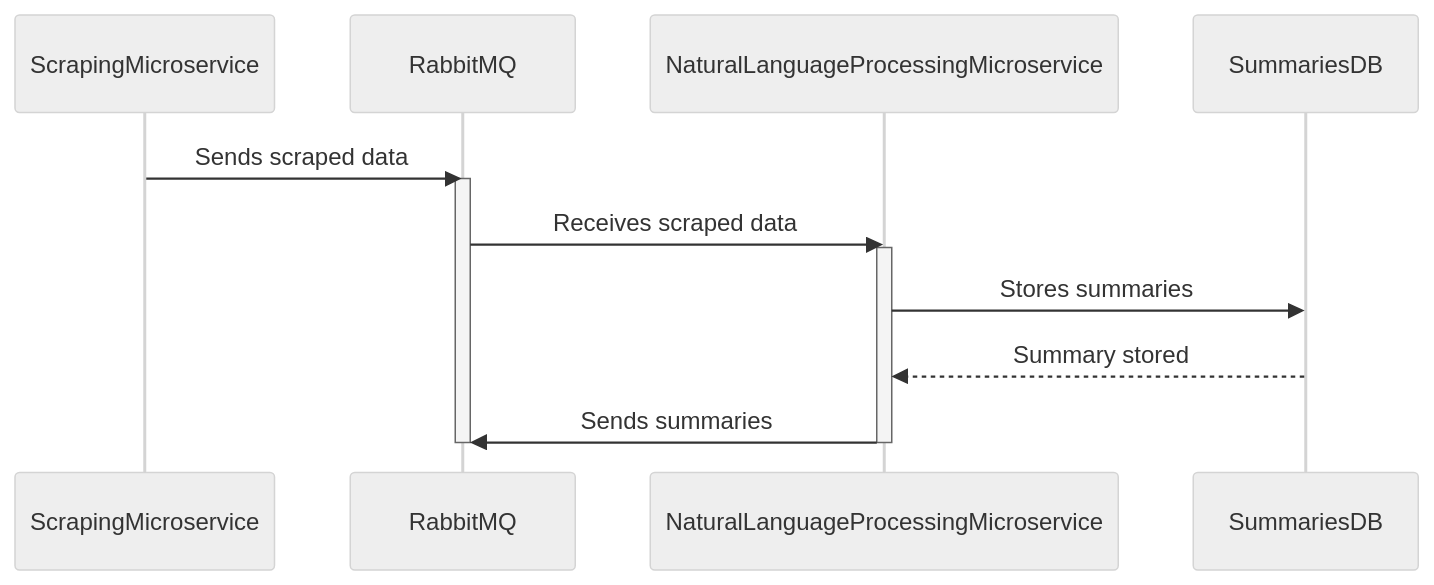
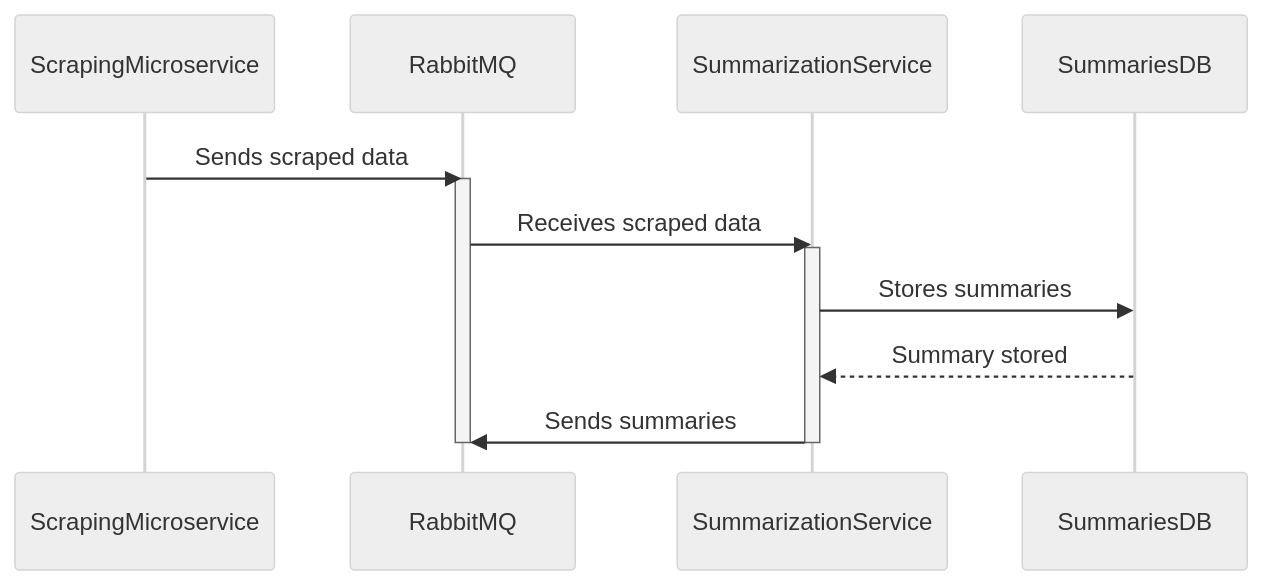
One commit to 7TRED/crispy changed the seventh of 9 diagrams in README.md. Above: the diagram before and after it, drawn with Mermaid (neutral theme).

````diff
--- a/README.md
+++ b/README.md
@@ -268,17 +268,17 @@
 ```mermaid
 sequenceDiagram
     participant ScrapingMicroservice
     participant RabbitMQ
-    participant NaturalLanguageProcessingMicroservice
+    participant SummarizationService
     participant SummariesDB
 
     ScrapingMicroservice->>RabbitMQ: Sends scraped data
     activate RabbitMQ
-    RabbitMQ->>NaturalLanguageProcessingMicroservice: Receives scraped data
-    activate NaturalLanguageProcessingMicroservice
-    NaturalLanguageProcessingMicroservice->>SummariesDB: Stores summaries
-    SummariesDB-->>NaturalLanguageProcessingMicroservice: Summary stored
-    NaturalLanguageProcessingMicroservice->>RabbitMQ: Sends summaries
-    deactivate NaturalLanguageProcessingMicroservice
+    RabbitMQ->>SummarizationService: Receives scraped data
+    activate SummarizationService
+    SummarizationService->>SummariesDB: Stores summaries
+    SummariesDB-->>SummarizationService: Summary stored
+    SummarizationService->>RabbitMQ: Sends summaries
+    deactivate SummarizationService
     deactivate RabbitMQ
 ```
````
